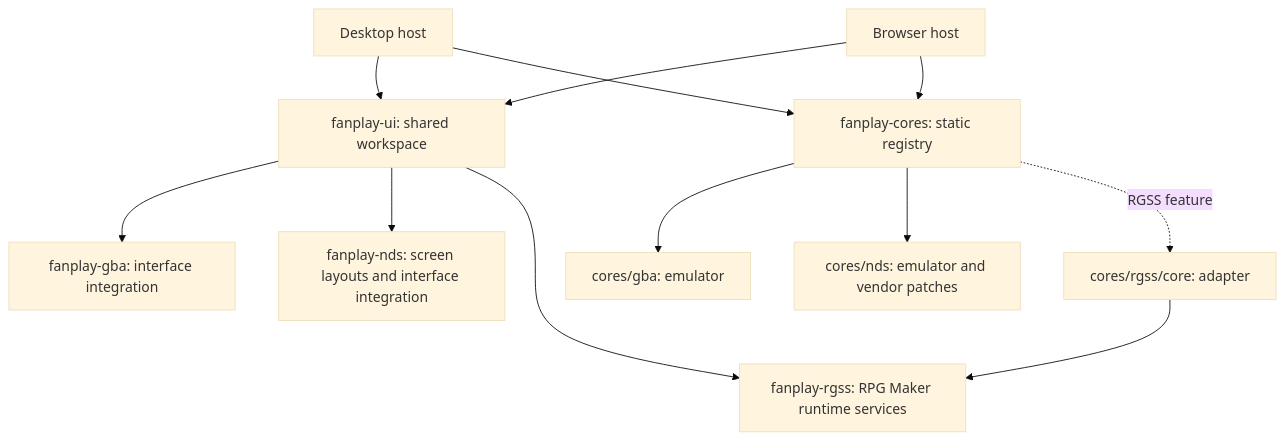
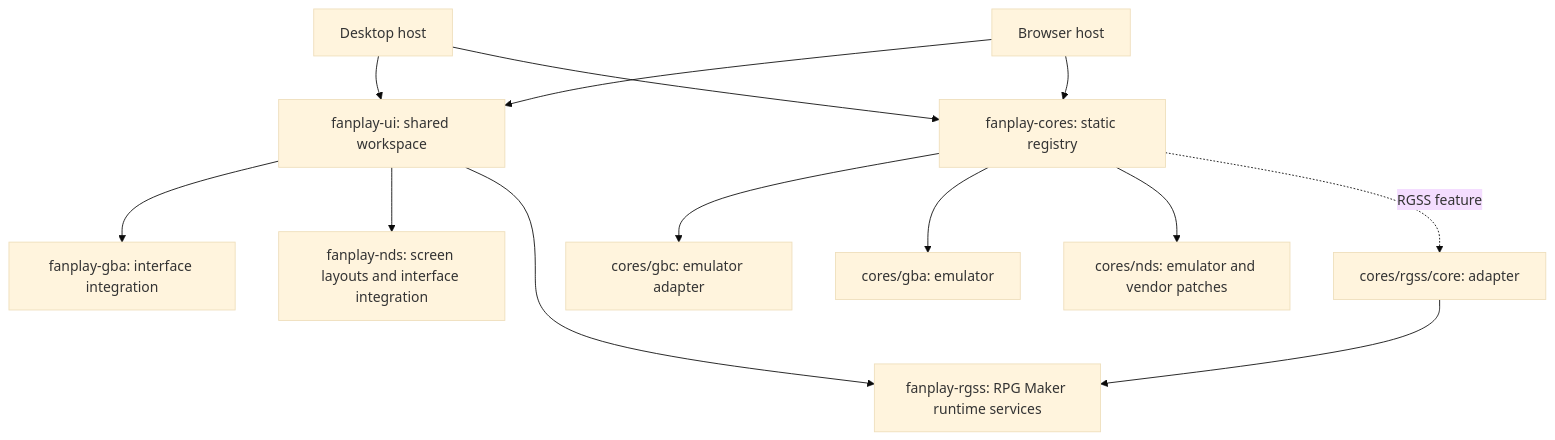
The diagram in README.md (Rucadi/rsxp), drawn with Mermaid (base theme) before and after one commit. The commit also changed other lines of this file and 41 other files, not shown here.

````diff
--- a/README.md
+++ b/README.md
@@ -66,14 +69,15 @@
 ```mermaid
 flowchart TD
     Desktop[Desktop host] --> UI[fanplay-ui: shared workspace]
     Browser[Browser host] --> UI
     UI --> GBAUI[fanplay-gba: interface integration]
     UI --> NDSUI[fanplay-nds: screen layouts and interface integration]
     UI --> RGSS[fanplay-rgss: RPG Maker runtime services]
     Desktop --> Registry[fanplay-cores: static registry]
     Browser --> Registry
+    Registry --> GBC[cores/gbc: emulator adapter]
     Registry --> GBA[cores/gba: emulator]
     Registry --> NDS[cores/nds: emulator and vendor patches]
     Registry -. RGSS feature .-> RGSSCore[cores/rgss/core: adapter]
     RGSSCore --> RGSS
 ```
````
